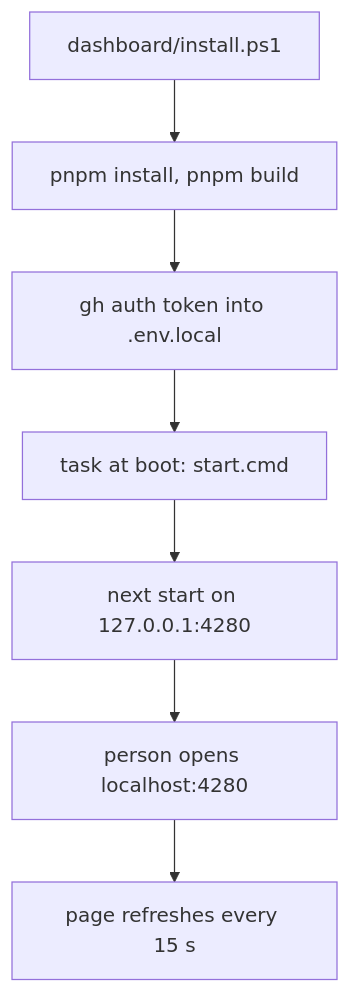
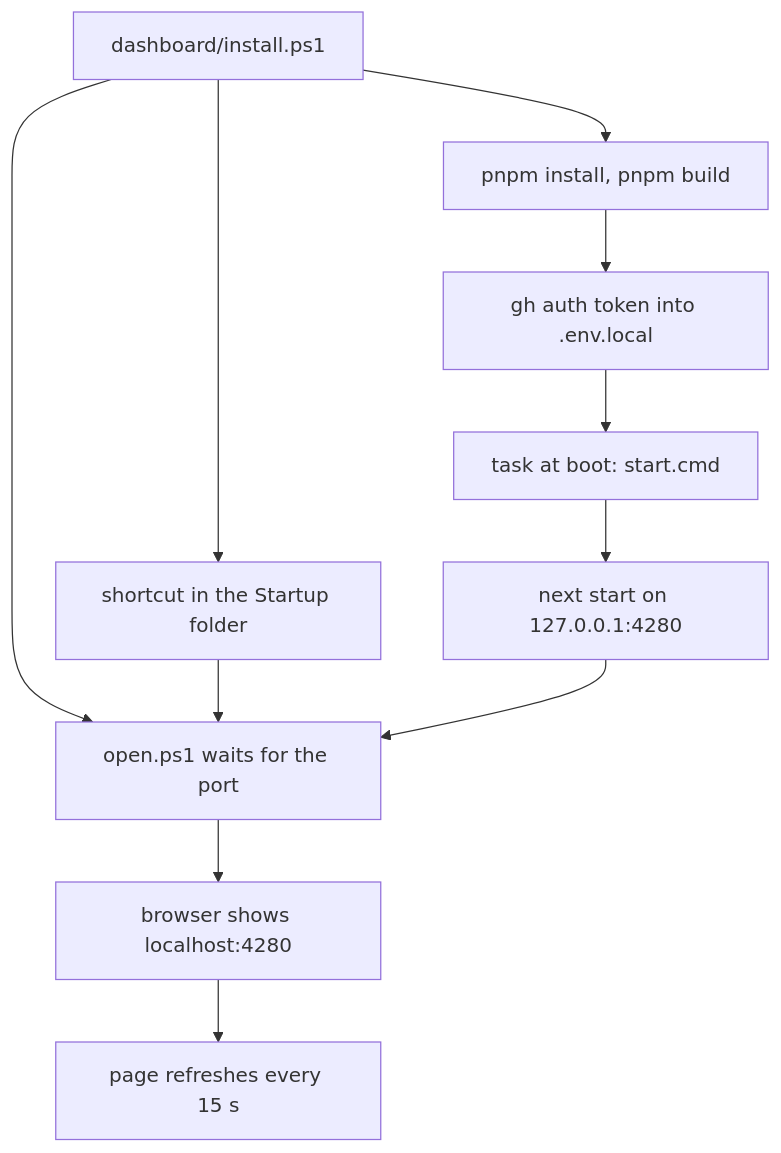
One commit to workbench-soft/local-ci changed the fourth of 4 diagrams in docs/user-flows.md. Above: the diagram before and after it, drawn with Mermaid. The commit also changed other lines of this file and 5 other files, not shown here.

````diff
--- a/docs/user-flows.md
+++ b/docs/user-flows.md
@@ -70,9 +73,12 @@
 ```mermaid
 flowchart TD
   A[dashboard/install.ps1] --> B[pnpm install, pnpm build]
   B --> C[gh auth token into .env.local]
   C --> D[task at boot: start.cmd]
   D --> E[next start on 127.0.0.1:4280]
-  E --> F[person opens localhost:4280]
+  A --> S[shortcut in the Startup folder]
+  A & S --> O[open.ps1 waits for the port]
+  E --> O
+  O --> F[browser shows localhost:4280]
   F --> G[page refreshes every 15 s]
 ```
````
